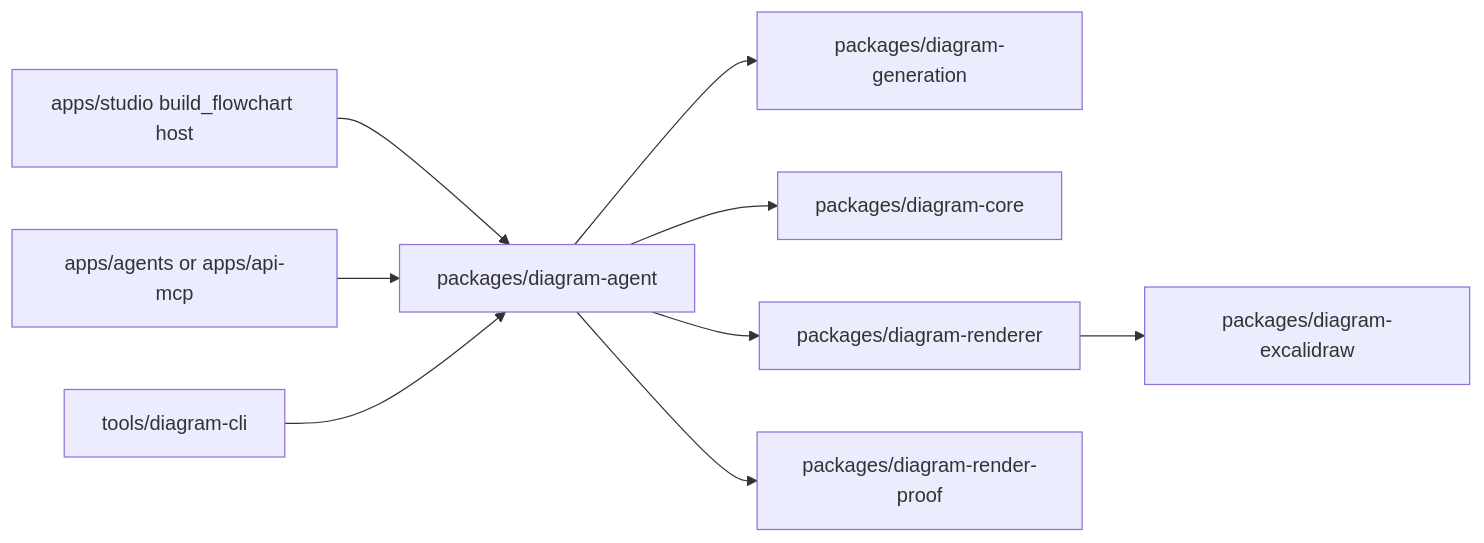
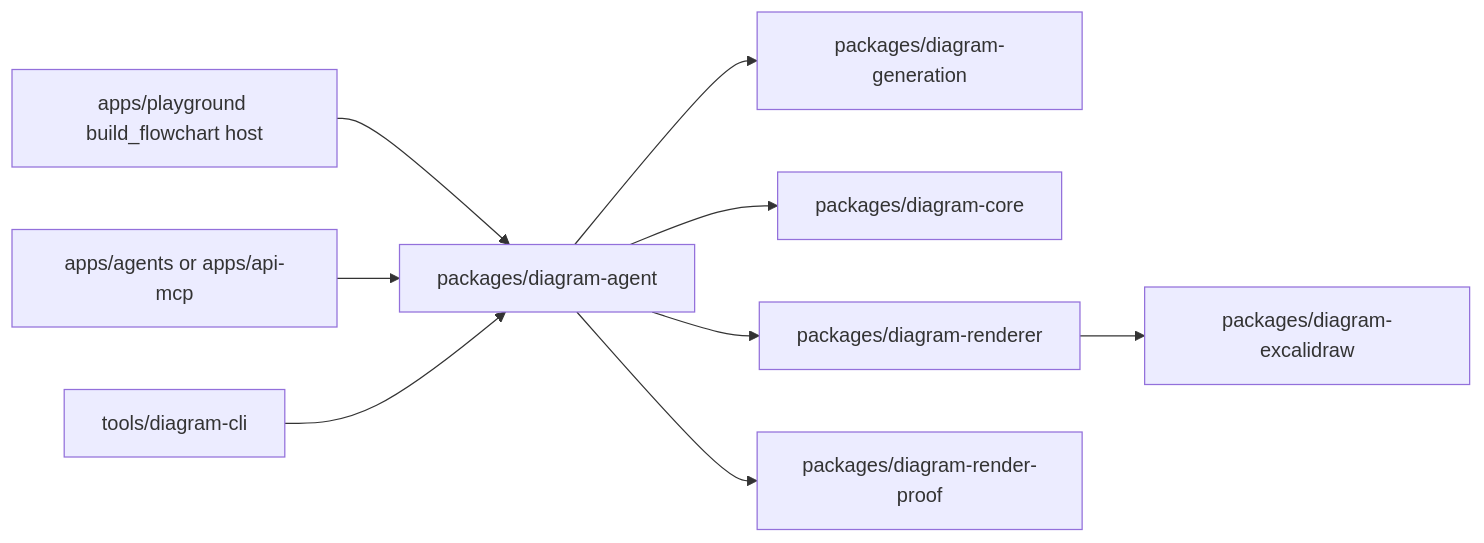
The third of 7 diagrams in docs/mcp-first-generation.md (shpitdev/sketchi), drawn with Mermaid before and after one commit. The commit also changed 130 other files, not shown here.

Commit message:
refactor: rename public playground host (#222)

````diff
--- a/docs/mcp-first-generation.md
+++ b/docs/mcp-first-generation.md
@@ -105,11 +105,11 @@
 ```mermaid
 flowchart LR
-  Studio["apps/studio build_flowchart host"] --> Agent["packages/diagram-agent"]
+  Playground["apps/playground build_flowchart host"] --> Agent["packages/diagram-agent"]
   Agent --> Generation["packages/diagram-generation"]
   Agent --> Core["packages/diagram-core"]
   Agent --> Renderer["packages/diagram-renderer"]
   Renderer --> Excalidraw["packages/diagram-excalidraw"]
   Agent --> RenderTool["packages/diagram-render-proof"]
   MCP["apps/agents or apps/api-mcp"] --> Agent
   CLI["tools/diagram-cli"] --> Agent
 ```
````
